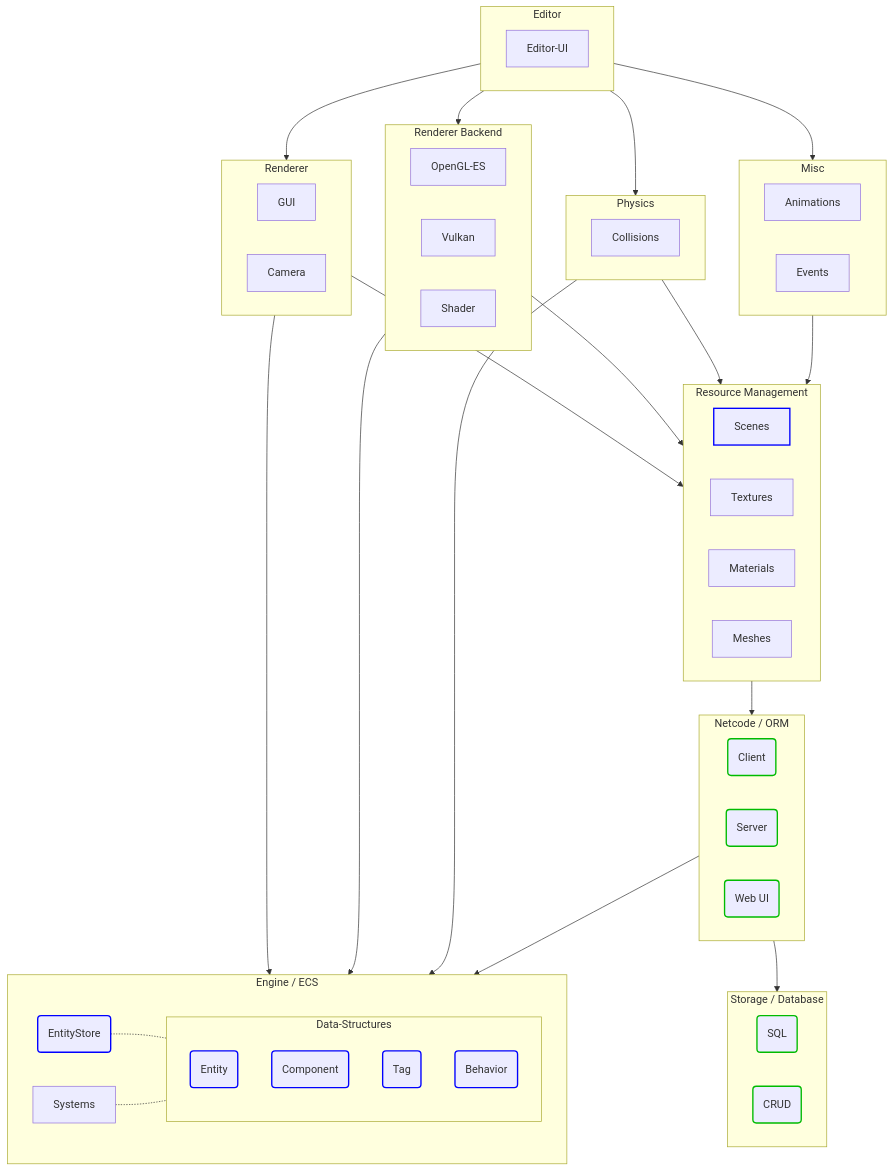
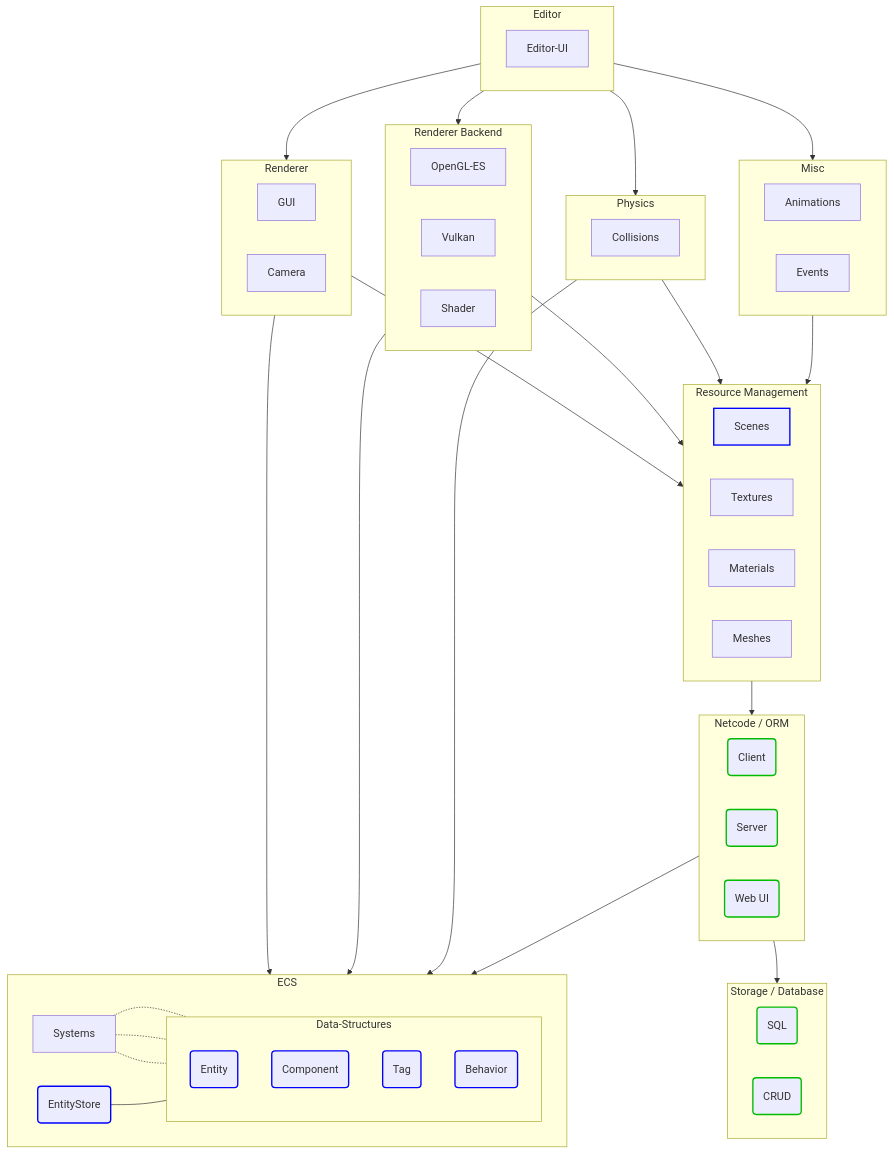
Before and after one commit to friflo/Friflo.Json.Fliox: the first of 3 diagrams in Engine/README.md, drawn with Mermaid.

Commit message:
Engine - update architecture diagram

````diff
--- a/Engine/README.md
+++ b/Engine/README.md
@@ -71,7 +71,7 @@
         CRUD(CRUD):::finished
     end
 
-    subgraph Engine[Engine / ECS];
+    subgraph ECS;
         EntityStore(EntityStore):::implemented
         Systems
 
@@ -83,8 +83,11 @@
             Behavior(Behavior):::implemented
         end
 
-        EntityStore  -.- Data-Structures
-        Systems      -.- Data-Structures
+        EntityStore  --- Data-Structures
+
+        Systems      -.- Entity
+        Systems      -.- Component
+        Systems      -.- Tag
     end
 
     Editor      -->Renderer
@@ -100,10 +103,10 @@
     Physics     -->Resource
     Misc        -->Resource
 
-    Renderer    -->Engine
-    Backend     -->Engine
-    Physics     -->Engine
+    Renderer    -->ECS
+    Backend     -->ECS
+    Physics     -->ECS
 
-    Netcode     -->Engine
+    Netcode     -->ECS
     Netcode     -->Storage
 ```
````
